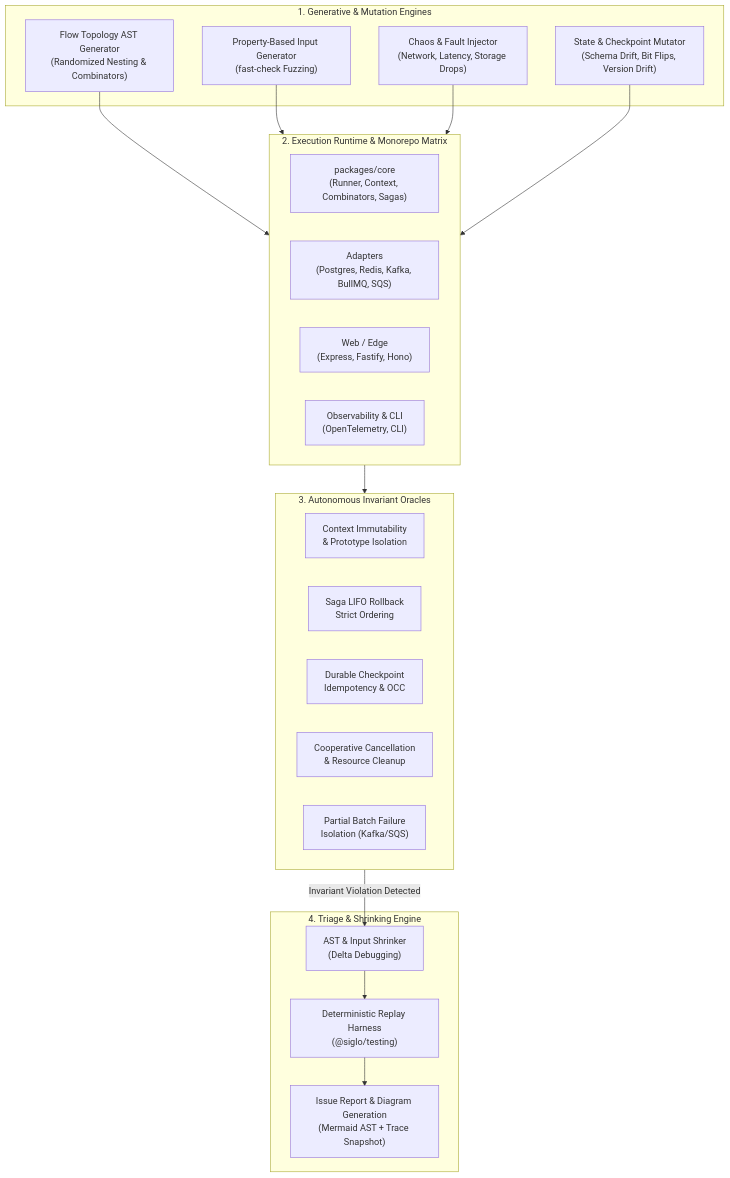
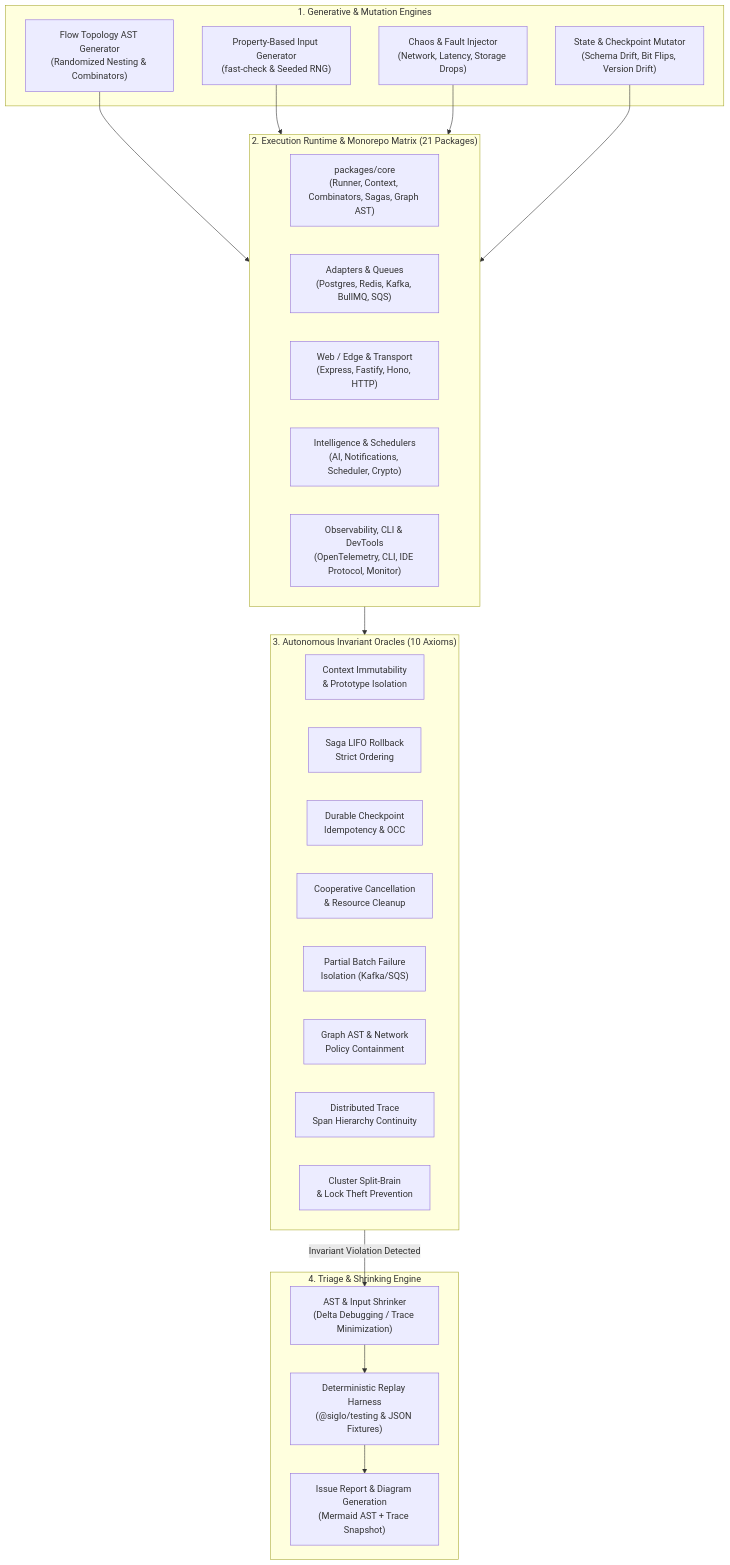
Before and after one commit to jsoftgem/siglo: the first of 3 diagrams in docs/automated-exploratory-plan.md, drawn with Mermaid. The commit also changed other lines of this file and 78 other files, not shown here.

````diff
--- a/docs/automated-exploratory-plan.md
+++ b/docs/automated-exploratory-plan.md
@@ -20,39 +30,43 @@
 ```mermaid
 flowchart TD
     subgraph GenerativeEngines["1. Generative & Mutation Engines"]
         ASTGen["Flow Topology AST Generator\n(Randomized Nesting & Combinators)"]
-        PBTGen["Property-Based Input Generator\n(fast-check Fuzzing)"]
+        PBTGen["Property-Based Input Generator\n(fast-check & Seeded RNG)"]
         ChaosGen["Chaos & Fault Injector\n(Network, Latency, Storage Drops)"]
         MutateGen["State & Checkpoint Mutator\n(Schema Drift, Bit Flips, Version Drift)"]
     end
 
-    subgraph TargetPlatform["2. Execution Runtime & Monorepo Matrix"]
-        Core["packages/core\n(Runner, Context, Combinators, Sagas)"]
-        Adapters["Adapters\n(Postgres, Redis, Kafka, BullMQ, SQS)"]
-        WebEdge["Web / Edge\n(Express, Fastify, Hono)"]
-        Observability["Observability & CLI\n(OpenTelemetry, CLI)"]
+    subgraph TargetPlatform["2. Execution Runtime & Monorepo Matrix (21 Packages)"]
+        Core["packages/core\n(Runner, Context, Combinators, Sagas, Graph AST)"]
+        Adapters["Adapters & Queues\n(Postgres, Redis, Kafka, BullMQ, SQS)"]
+        WebEdge["Web / Edge & Transport\n(Express, Fastify, Hono, HTTP)"]
+        Intelligent["Intelligence & Schedulers\n(AI, Notifications, Scheduler, Crypto)"]
+        Observability["Observability, CLI & DevTools\n(OpenTelemetry, CLI, IDE Protocol, Monitor)"]
     end
 
-    subgraph InvariantOracles["3. Autonomous Invariant Oracles"]
+    subgraph InvariantOracles["3. Autonomous Invariant Oracles (10 Axioms)"]
         InvContext["Context Immutability\n& Prototype Isolation"]
         InvLIFO["Saga LIFO Rollback\nStrict Ordering"]
         InvOCC["Durable Checkpoint\nIdempotency & OCC"]
         InvCancel["Cooperative Cancellation\n& Resource Cleanup"]
         InvBatch["Partial Batch Failure\nIsolation (Kafka/SQS)"]
+        InvGraph["Graph AST & Network\nPolicy Containment"]
+        InvOtel["Distributed Trace\nSpan Hierarchy Continuity"]
+        InvCluster["Cluster Split-Brain\n& Lock Theft Prevention"]
     end
 
     subgraph Triaging["4. Triage & Shrinking Engine"]
-        Shrinker["AST & Input Shrinker\n(Delta Debugging)"]
-        Replay["Deterministic Replay Harness\n(@siglo/testing)"]
+        Shrinker["AST & Input Shrinker\n(Delta Debugging / Trace Minimization)"]
+        Replay["Deterministic Replay Harness\n(@siglo/testing & JSON Fixtures)"]
         Alert["Issue Report & Diagram Generation\n(Mermaid AST + Trace Snapshot)"]
     end
 
     ASTGen --> TargetPlatform
     PBTGen --> TargetPlatform
     ChaosGen --> TargetPlatform
     MutateGen --> TargetPlatform
 
     TargetPlatform --> InvariantOracles
     InvariantOracles -->|Invariant Violation Detected| Shrinker
     Shrinker --> Replay --> Alert
 ```
````
